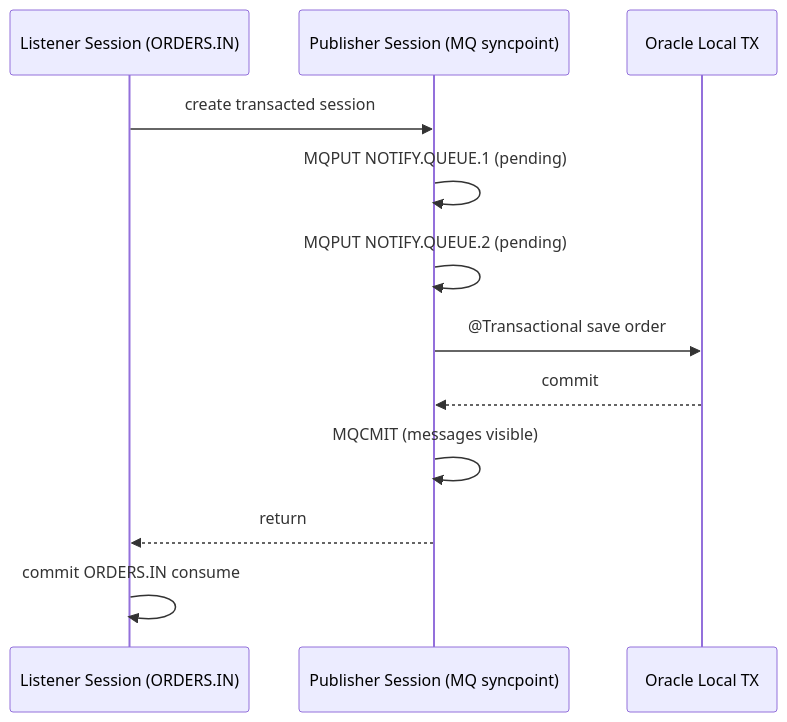
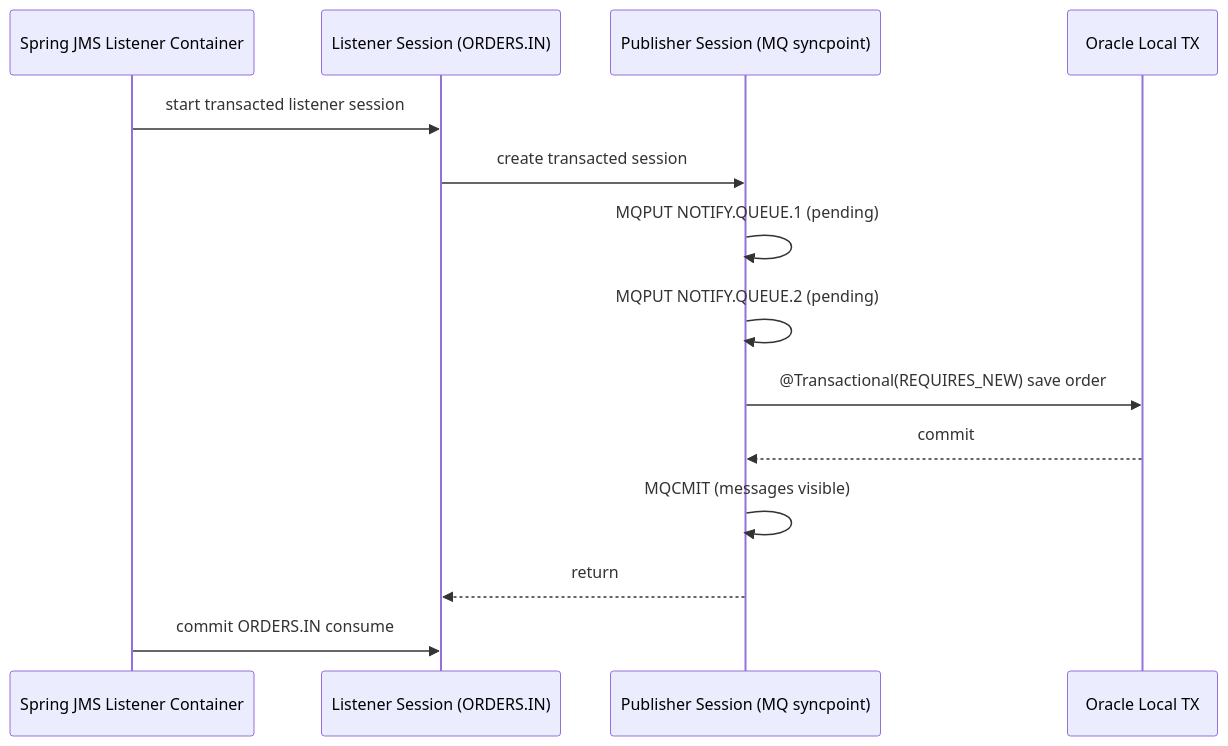
Before and after one commit to rrobetti/spring-boot-oracle-db-ibm-mq-try-confirm-cancel: the diagram in docs/ARCHITECTURE.md, drawn with Mermaid. The commit also changed 1 other file, not shown here.

Commit message:
Clarify three local transactions in docs

````diff
--- a/docs/ARCHITECTURE.md
+++ b/docs/ARCHITECTURE.md
@@ -5,15 +5,17 @@
 ```mermaid
 sequenceDiagram
+    participant C as Spring JMS Listener Container
     participant L as Listener Session (ORDERS.IN)
     participant P as Publisher Session (MQ syncpoint)
     participant DB as Oracle Local TX
 
+    C->>L: start transacted listener session
     L->>P: create transacted session
     P->>P: MQPUT NOTIFY.QUEUE.1 (pending)
     P->>P: MQPUT NOTIFY.QUEUE.2 (pending)
-    P->>DB: @Transactional save order
+    P->>DB: @Transactional(REQUIRES_NEW) save order
     DB-->>P: commit
     P->>P: MQCMIT (messages visible)
     P-->>L: return
-    L->>L: commit ORDERS.IN consume
+    C->>L: commit ORDERS.IN consume
 ```
````
